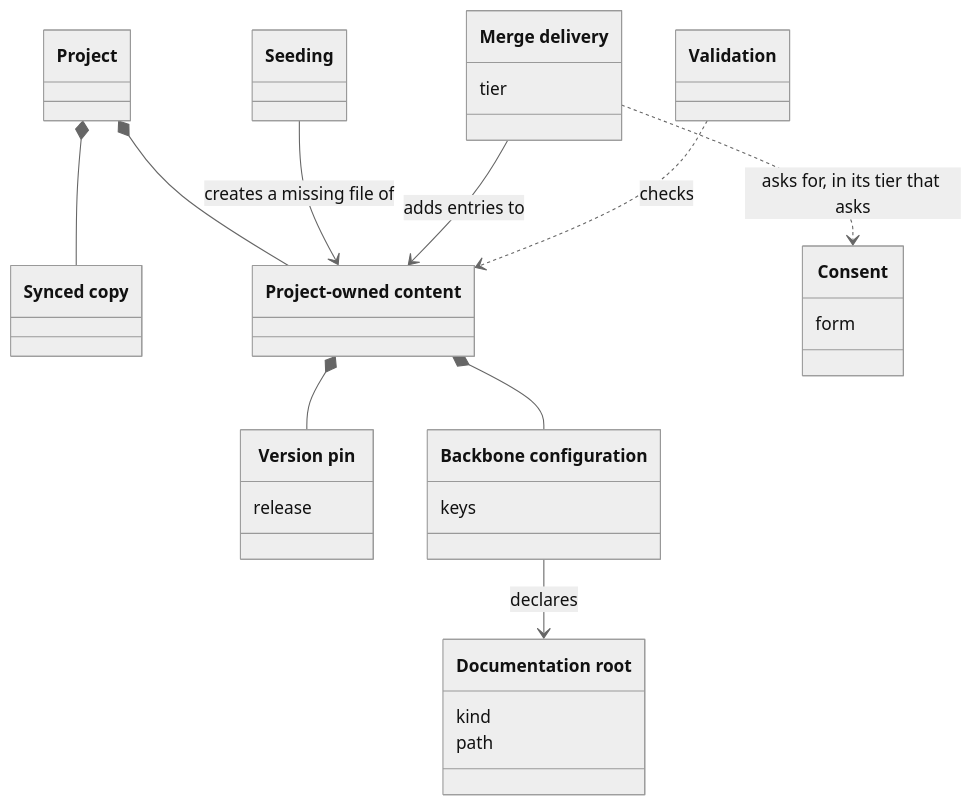
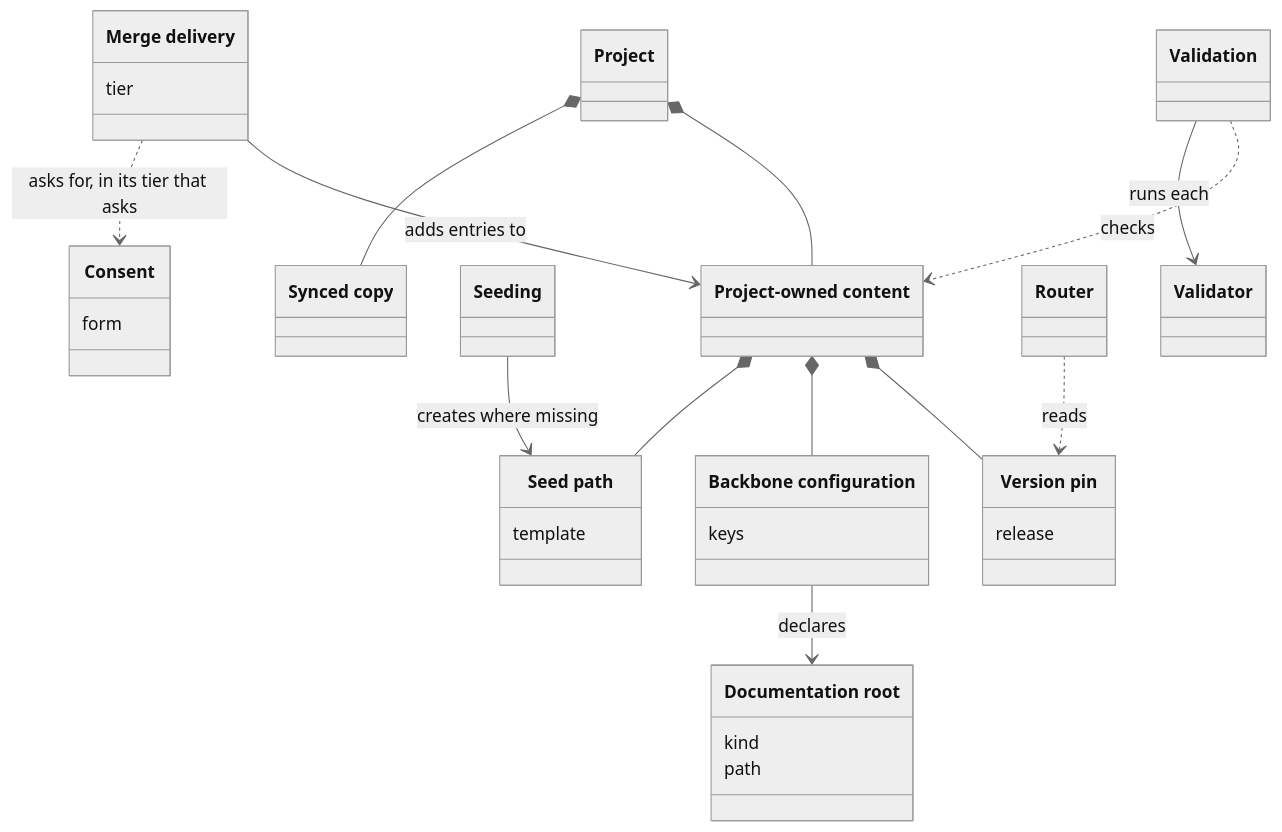
Before and after one commit to aleskalfas/project-kit: the first of 3 diagrams in tech-docs/analysis/core/domain-model/050-a-projects-own-files.md, drawn with Mermaid (neutral theme). The commit also changed other lines of this file and 7 other files, not shown here.

````diff
--- a/tech-docs/analysis/core/domain-model/050-a-projects-own-files.md
+++ b/tech-docs/analysis/core/domain-model/050-a-projects-own-files.md
@@ -45,30 +53,37 @@
 ```mermaid
 classDiagram
   accTitle: A project's own files
-  accDescr: A project holds project-owned content beside its synced copies. Seeding creates a missing seed path, and merge delivery adds the methodology's entries to a project-owned file. Merge delivery's tier that asks needs consent. The version pin and the backbone configuration are project-owned files. The backbone configuration declares the documentation roots. Validation checks the project's own files, the backbone configuration among them.
+  accDescr: A project holds project-owned content beside its synced copies. Seeding creates a missing seed path, which is project-owned content, and merge delivery adds the methodology's entries to a project-owned file. Merge delivery's tier that asks needs consent. The version pin and the backbone configuration are project-owned files. The router reads the version pin. The backbone configuration declares the documentation roots. Validation checks the project's own files, the backbone configuration among them, and runs each validator.
   class Project["Project"]
   class SyncedCopy["Synced copy"]
   class ProjectOwnedContent["Project-owned content"]
   class Seeding["Seeding"]
+  class SeedPath["Seed path"]
+  SeedPath : template
   class MergeDelivery["Merge delivery"]
   MergeDelivery : tier
   class Consent["Consent"]
   Consent : form
   class VersionPin["Version pin"]
   VersionPin : release
+  class Router["Router"]
   class Validation["Validation"]
+  class Validator["Validator"]
   class BackboneConfiguration["Backbone configuration"]
   BackboneConfiguration : keys
   class DocumentationRoot["Documentation root"]
   DocumentationRoot : kind
   DocumentationRoot : path
   Project *-- ProjectOwnedContent
   Project *-- SyncedCopy
   ProjectOwnedContent *-- VersionPin
   ProjectOwnedContent *-- BackboneConfiguration
-  Seeding --> ProjectOwnedContent : creates a missing file of
+  ProjectOwnedContent *-- SeedPath
+  Seeding --> SeedPath : creates where missing
   MergeDelivery --> ProjectOwnedContent : adds entries to
   MergeDelivery ..> Consent : asks for, in its tier that asks
+  Router ..> VersionPin : reads
   BackboneConfiguration --> DocumentationRoot : declares
   Validation ..> ProjectOwnedContent : checks
+  Validation --> Validator : runs each
 ```
````
